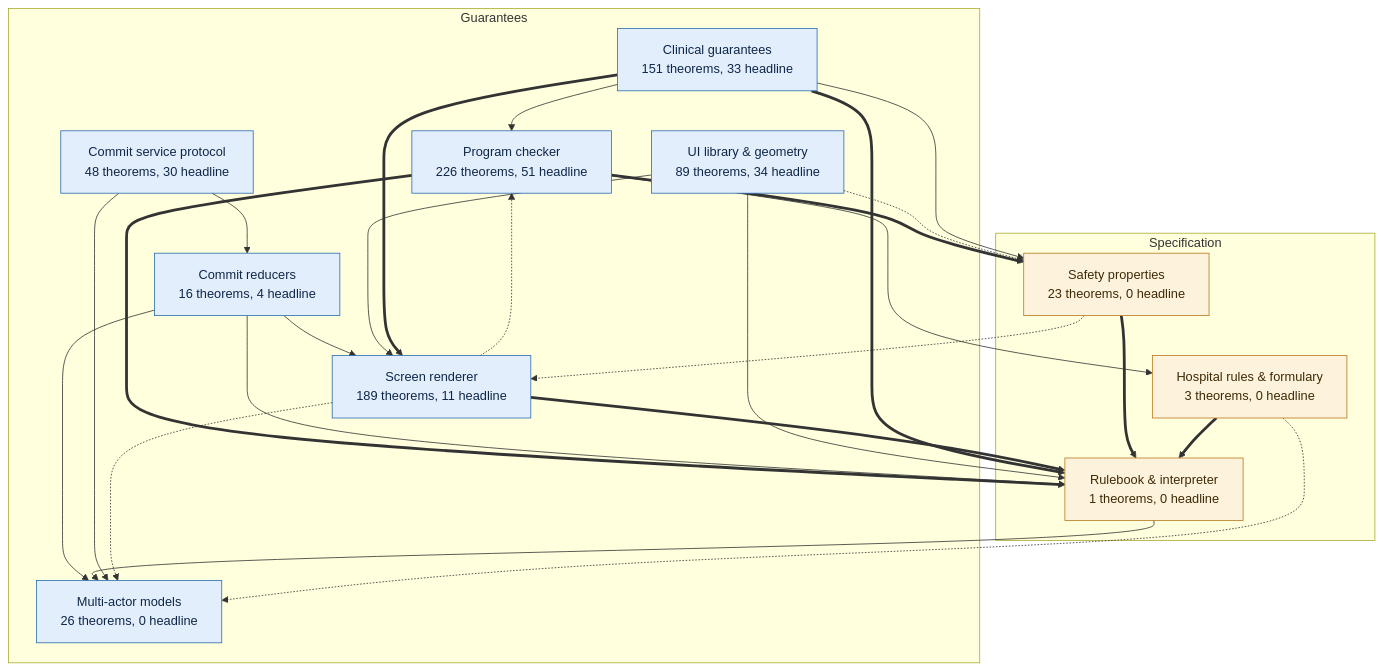
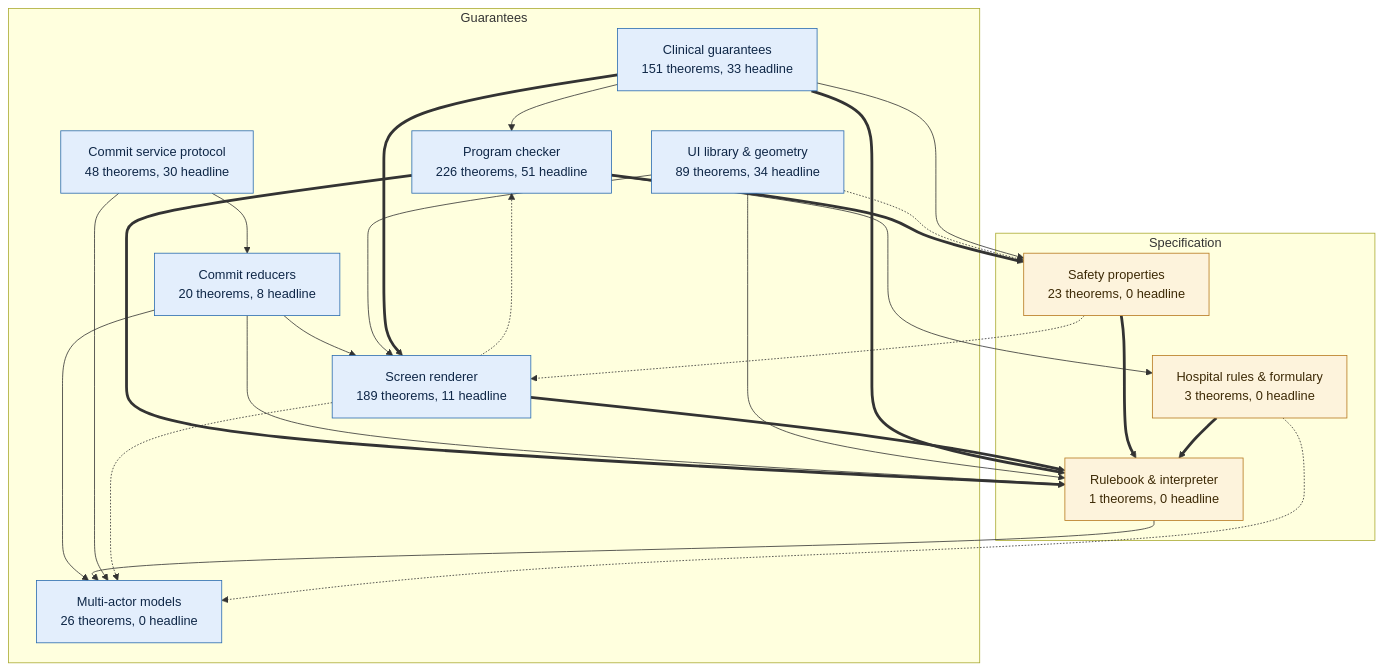
One commit to saithat/VGI-Health changed the fourth of 11 diagrams in README.md. Above: the diagram before and after it, drawn with Mermaid. The commit also changed other lines of this file and 21 other files, not shown here.

````diff
--- a/README.md
+++ b/README.md
@@ -915,42 +929,42 @@
 ```mermaid
 flowchart TB
   subgraph guar_g["Guarantees"]
     proofs["Clinical guarantees<br/>151 theorems, 33 headline"]:::guar
     check["Program checker<br/>226 theorems, 51 headline"]:::guar
     render["Screen renderer<br/>189 theorems, 11 headline"]:::guar
     layout["UI library &amp; geometry<br/>89 theorems, 34 headline"]:::guar
-    commit["Commit reducers<br/>16 theorems, 4 headline"]:::guar
+    commit["Commit reducers<br/>20 theorems, 8 headline"]:::guar
     protocol["Commit service protocol<br/>48 theorems, 30 headline"]:::guar
     multi["Multi-actor models<br/>26 theorems, 0 headline"]:::guar
   end
   subgraph spec_g["Specification"]
     core["Rulebook &amp; interpreter<br/>1 theorems, 0 headline"]:::spec
     props["Safety properties<br/>23 theorems, 0 headline"]:::spec
     specs["Hospital rules &amp; formulary<br/>3 theorems, 0 headline"]:::spec
   end
   check ==> core
   check ==> props
   check --> specs
   commit --> core
   commit --> multi
   commit --> render
   core --> multi
   layout --> core
   layout -.-> props
   layout --> render
   proofs --> check
   proofs ==> core
   proofs --> props
   proofs ==> render
   props ==> core
   props -.-> render
   protocol --> commit
   protocol --> multi
   render -.-> check
   render ==> core
   render -.-> multi
   specs ==> core
   specs -.-> multi
   classDef spec fill:#fdf3dc,stroke:#b7791f,color:#3d2a06
   classDef guar fill:#e3eefc,stroke:#2b6cb0,color:#0f2747
 ```
````
